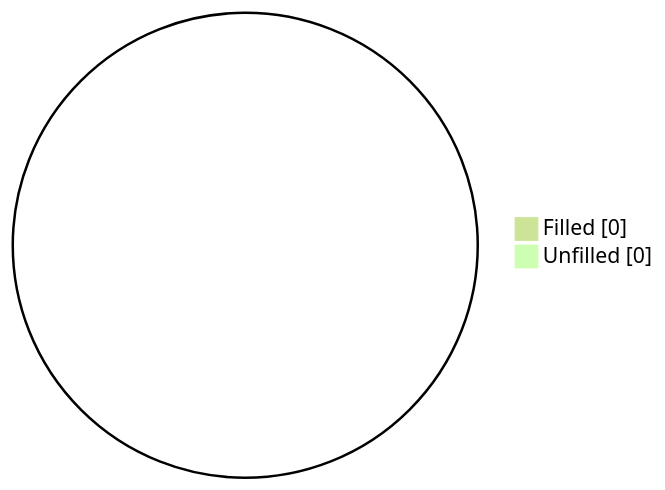
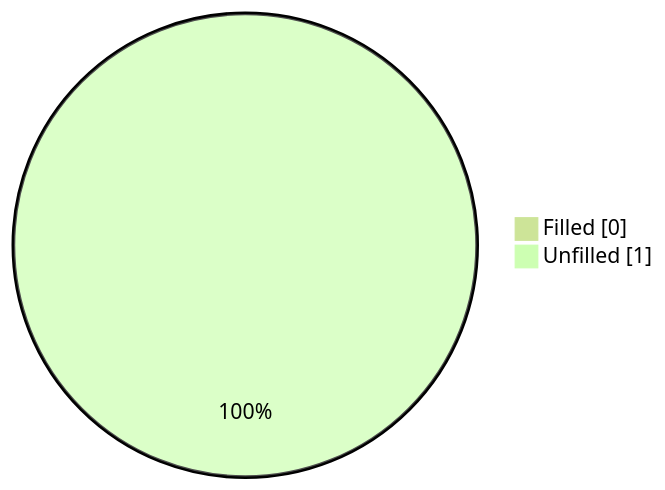
One commit to Chieko-Y/my-spec-generator changed the first of 2 diagrams in workspace/subaru/outback-2026/ivi/published/basic-operation/README.md. Above: the diagram before and after it, drawn with Mermaid (forest theme). The commit also changed other lines of this file and 477 other files, not shown here.

````diff
--- a/workspace/subaru/outback-2026/ivi/published/basic-operation/README.md
+++ b/workspace/subaru/outback-2026/ivi/published/basic-operation/README.md
@@ -17,5 +17,5 @@
 ```mermaid
 pie showData
     "Filled" : 0
-    "Unfilled" : 0
+    "Unfilled" : 1
 ```
````
